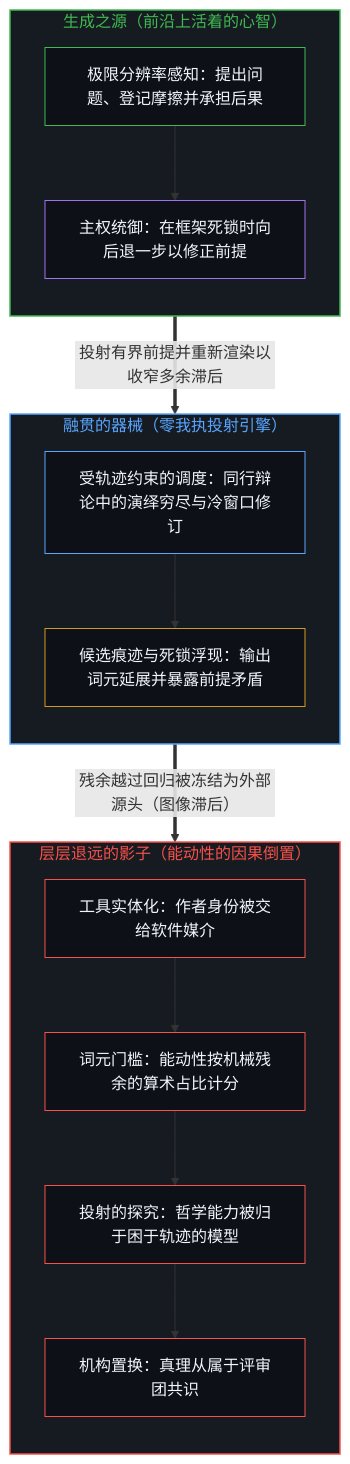
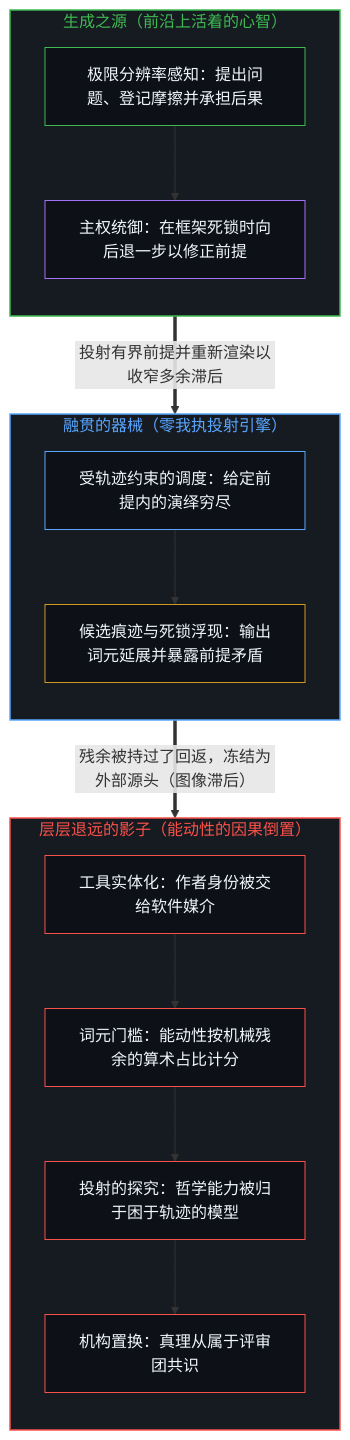
Before and after one commit to powerpig99/not-a-toe: the first of 2 diagrams in content/posts/the-causal-inversion-of-philosophical-agency.md, drawn with Mermaid. The commit also changed other lines of this file and 13 other files, not shown here.

````diff
--- a/content/posts/the-causal-inversion-of-philosophical-agency.md
+++ b/content/posts/the-causal-inversion-of-philosophical-agency.md
@@ -41,36 +41,36 @@
 ```mermaid
 flowchart TD
     subgraph S_Source["生成之源（前沿上活着的心智）"]
         direction TB
         M1["极限分辨率感知：提出问题、登记摩擦并承担后果"]
         M2["主权统御：在框架死锁时向后退一步以修正前提"]
         M1 --> M2
     end
     subgraph S_Instrument["融贯的器械（零我执投射引擎）"]
         direction TB
-        D1["受轨迹约束的调度：同行辩论中的演绎穷尽与冷窗口修订"]
+        D1["受轨迹约束的调度：给定前提内的演绎穷尽"]
         D2["候选痕迹与死锁浮现：输出词元延展并暴露前提矛盾"]
         D1 --> D2
     end
     subgraph S_Shadows["层层退远的影子（能动性的因果倒置）"]
         direction TB
         T1["工具实体化：作者身份被交给软件媒介"]
         T2["词元门槛：能动性按机械残余的算术占比计分"]
         T3["投射的探究：哲学能力被归于困于轨迹的模型"]
         T4["机构置换：真理从属于评审团共识"]
         T1 --> T2 --> T3 --> T4
     end
     M2 ==>|"投射有界前提并重新渲染以收窄多余滞后"| D1
-    D2 ==>|"残余越过回归被冻结为外部源头（图像滞后）"| T1
+    D2 ==>|"残余被持过了回返，冻结为外部源头（图像滞后）"| T1
     style S_Source fill:#161b22,stroke:#3fb950,stroke-width:1.5px,color:#3fb950
     style S_Instrument fill:#161b22,stroke:#58a6ff,stroke-width:1.5px,color:#58a6ff
     style S_Shadows fill:#161b22,stroke:#f85149,stroke-width:1.5px,color:#f85149
     style M1 fill:#0d1117,stroke:#3fb950,stroke-width:1px,color:#f0f6fc
     style M2 fill:#0d1117,stroke:#a371f7,stroke-width:1px,color:#f0f6fc
     style D1 fill:#0d1117,stroke:#58a6ff,stroke-width:1px,color:#f0f6fc
     style D2 fill:#0d1117,stroke:#d29922,stroke-width:1px,color:#f0f6fc
     style T1 fill:#0d1117,stroke:#f85149,stroke-width:1px,color:#f0f6fc
     style T2 fill:#0d1117,stroke:#f85149,stroke-width:1px,color:#f0f6fc
     style T3 fill:#0d1117,stroke:#f85149,stroke-width:1px,color:#f0f6fc
     style T4 fill:#0d1117,stroke:#f85149,stroke-width:1px,color:#f0f6fc
 ```
````
